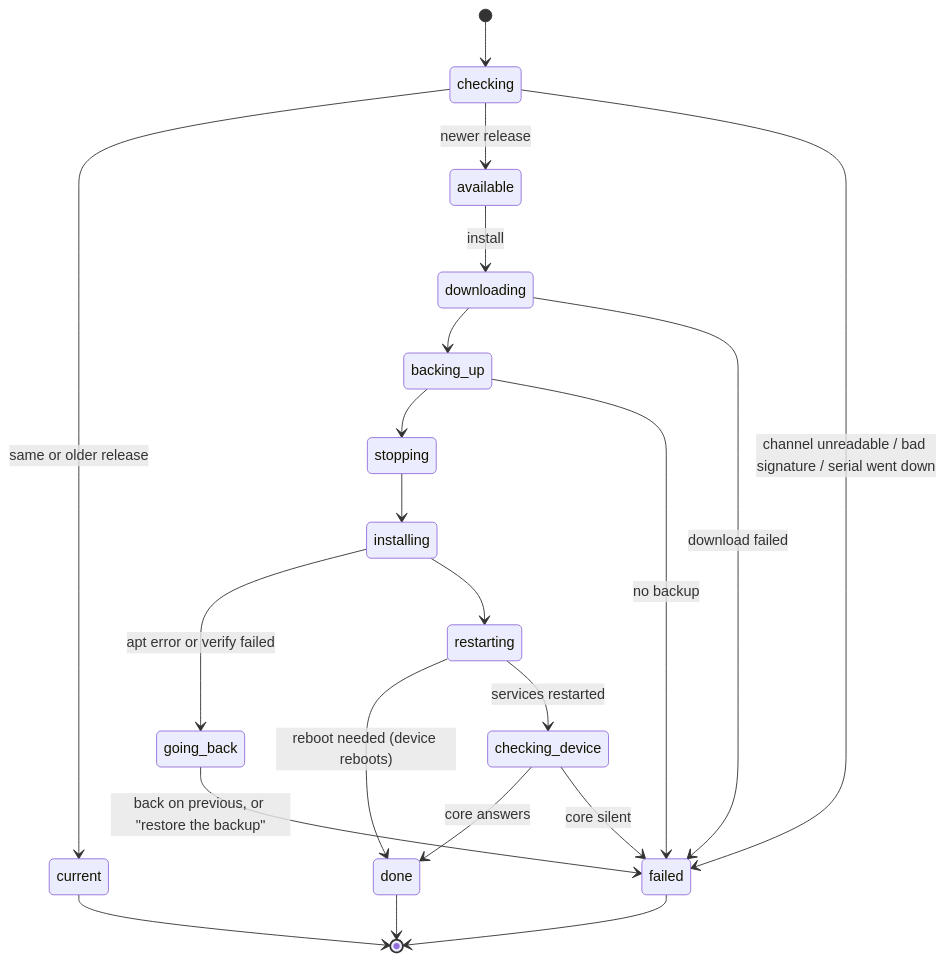
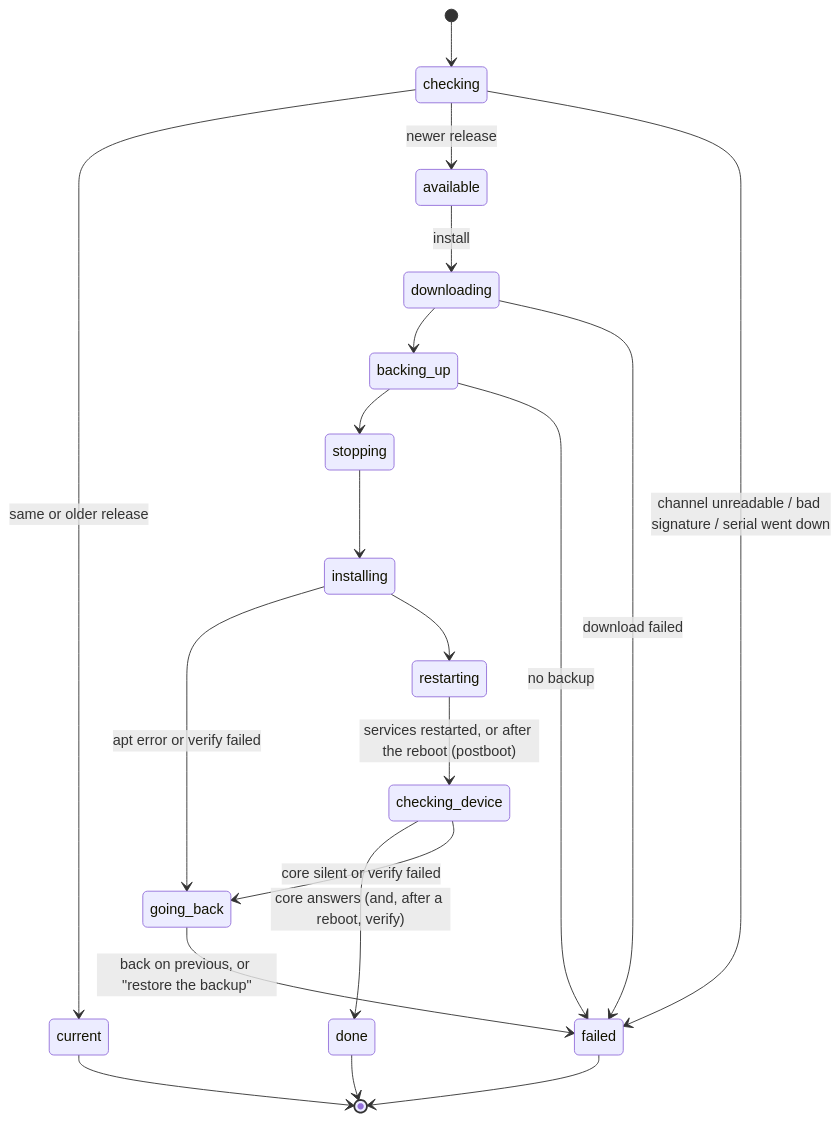
One commit to gcarstoiu/gexis-player changed the fourth of 5 diagrams in docs/tech/updates-and-releases.md. Above: the diagram before and after it, drawn with Mermaid. The commit also changed other lines of this file and 4 other files, not shown here.

Commit message:
Docs: updates go back on any failure, check after a reboot, refuse takeovers - FAQ, technical guide, ADR-0105/0110

````diff
--- a/docs/tech/updates-and-releases.md
+++ b/docs/tech/updates-and-releases.md
@@ -276,23 +287,22 @@
 ```mermaid
 stateDiagram-v2
     [*] --> checking
     checking --> current: same or older release
     checking --> available: newer release
     checking --> failed: channel unreadable / bad signature / serial went down
     available --> downloading: install
     downloading --> backing_up
     downloading --> failed: download failed
     backing_up --> stopping
     backing_up --> failed: no backup
     stopping --> installing
     installing --> going_back: apt error or verify failed
     going_back --> failed: back on previous, or "restore the backup"
     installing --> restarting
-    restarting --> done: reboot needed (device reboots)
-    restarting --> checking_device: services restarted
-    checking_device --> done: core answers
-    checking_device --> failed: core silent
+    restarting --> checking_device: services restarted, or after the reboot (postboot)
+    checking_device --> done: core answers (and, after a reboot, verify)
+    checking_device --> going_back: core silent or verify failed
     current --> [*]
     done --> [*]
     failed --> [*]
 ```
````
